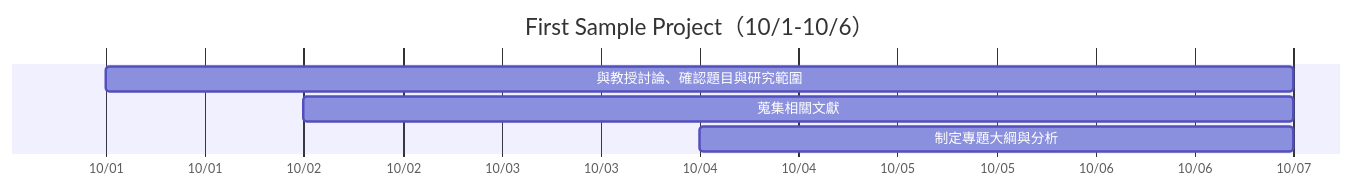
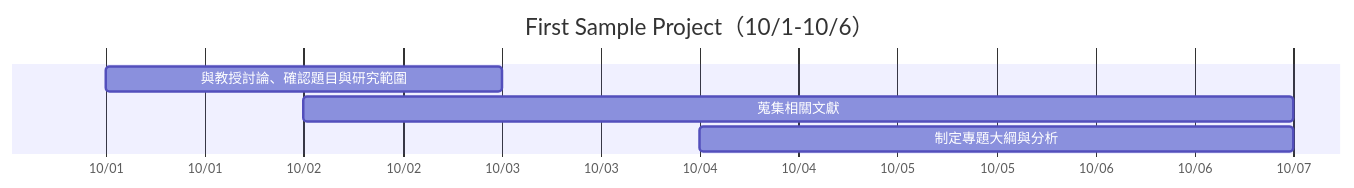
The first of 5 diagrams in 專題規劃.md (C112118243/Group2), drawn with Mermaid before and after one commit. The commit also changed other lines of this file, not shown here.

````diff
--- a/專題規劃.md
+++ b/專題規劃.md
@@ -12,10 +12,10 @@
 ```mermaid
 gantt
     title First Sample Project（10/1-10/6）
     dateFormat  YYYY-MM-DD
     axisFormat  %m/%d
     todayMarker off
-    與教授討論、確認題目與研究範圍   :a1, 2025-10-01, 6d
+    與教授討論、確認題目與研究範圍   :a1, 2025-10-01, 2d
     蒐集相關文獻                     :a2, 2025-10-02, 5d
     制定專題大綱與分析               :a3, 2025-10-04, 3d
 ```
````
